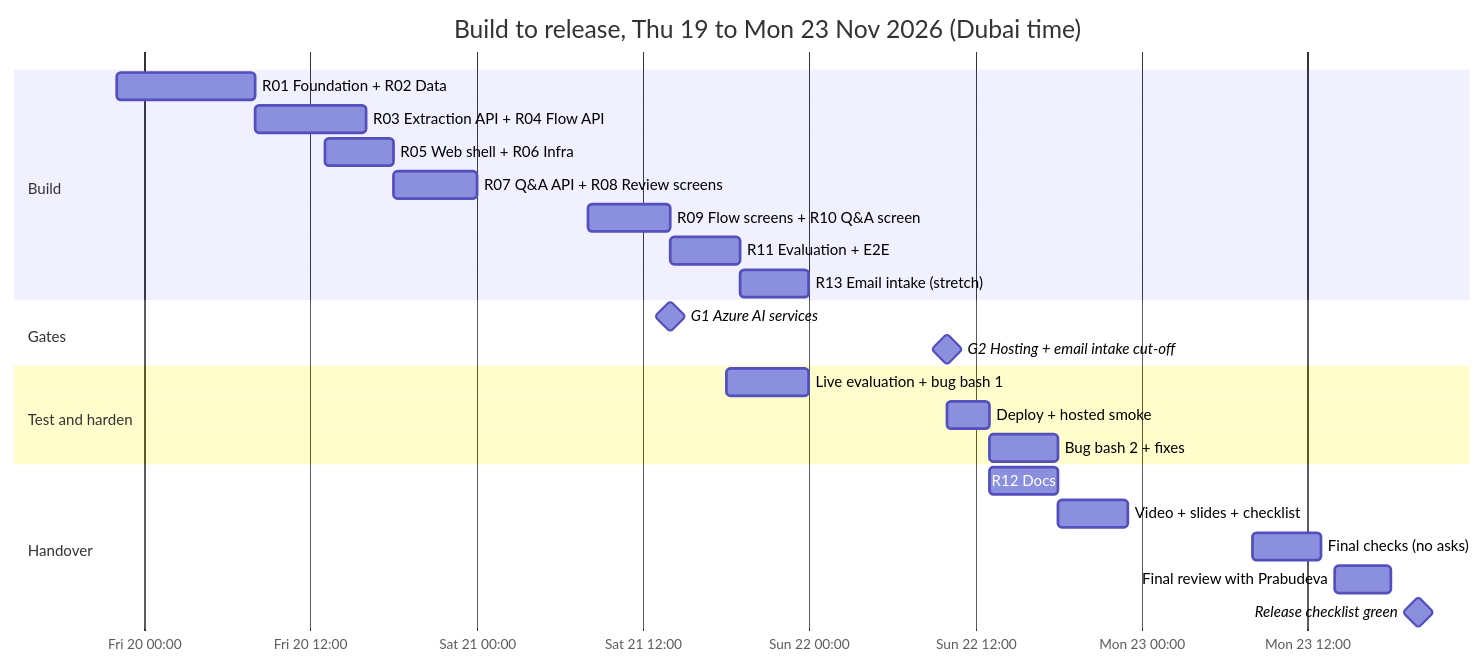
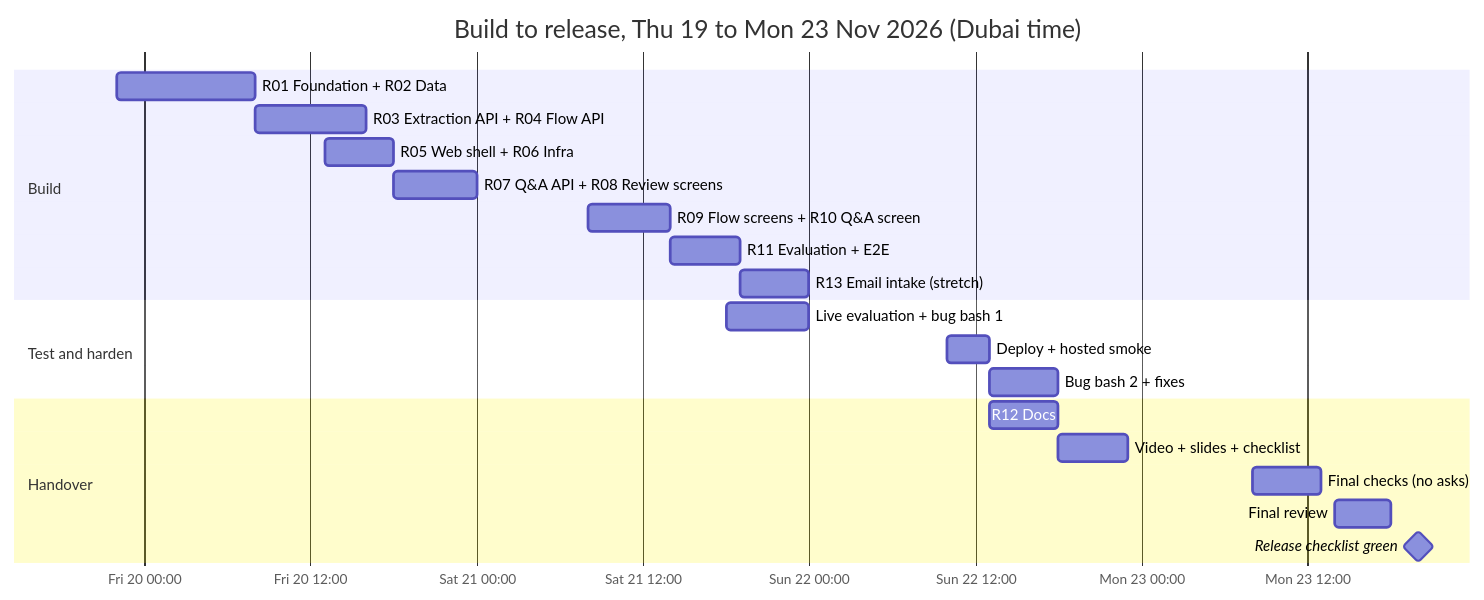
Before and after one commit to prabud0401/brilliant-procurement-ai: the third of 3 diagrams in docs/03-sprint-plan.md, drawn with Mermaid. The commit also changed other lines of this file and 6 other files, not shown here.

````diff
--- a/docs/03-sprint-plan.md
+++ b/docs/03-sprint-plan.md
@@ -393,28 +391,25 @@
 ```mermaid
 gantt
   title Build to release, Thu 19 to Mon 23 Nov 2026 (Dubai time)
   dateFormat YYYY-MM-DD HH:mm
   axisFormat %a %d %H:00
   todayMarker off
   section Build
   R01 Foundation + R02 Data           :r1, 2026-11-19 22:00, 10h
   R03 Extraction API + R04 Flow API   :r3, 2026-11-20 08:00, 8h
   R05 Web shell + R06 Infra           :r5, 2026-11-20 13:00, 5h
   R07 Q&A API + R08 Review screens    :r7, 2026-11-20 18:00, 6h
   R09 Flow screens + R10 Q&A screen   :r9, 2026-11-21 08:00, 6h
   R11 Evaluation + E2E                :r11, 2026-11-21 14:00, 5h
   R13 Email intake (stretch)          :r13, 2026-11-21 19:00, 5h
-  section Gates
-  G1 Azure AI services                :milestone, g1, 2026-11-21 14:00, 0h
-  G2 Hosting + email intake cut-off   :milestone, g2, 2026-11-22 10:00, 0h
   section Test and harden
   Live evaluation + bug bash 1        :t1, 2026-11-21 18:00, 6h
   Deploy + hosted smoke               :t2, 2026-11-22 10:00, 3h
   Bug bash 2 + fixes                  :t3, 2026-11-22 13:00, 5h
   section Handover
   R12 Docs                            :h1, 2026-11-22 13:00, 5h
   Video + slides + checklist          :h2, 2026-11-22 18:00, 5h
   Final checks (no asks)              :h3, 2026-11-23 08:00, 5h
-  Final review with Prabudeva         :h4, 2026-11-23 14:00, 4h
+  Final review                        :h4, 2026-11-23 14:00, 4h
   Release checklist green             :milestone, rel, 2026-11-23 20:00, 0h
 ```
````
